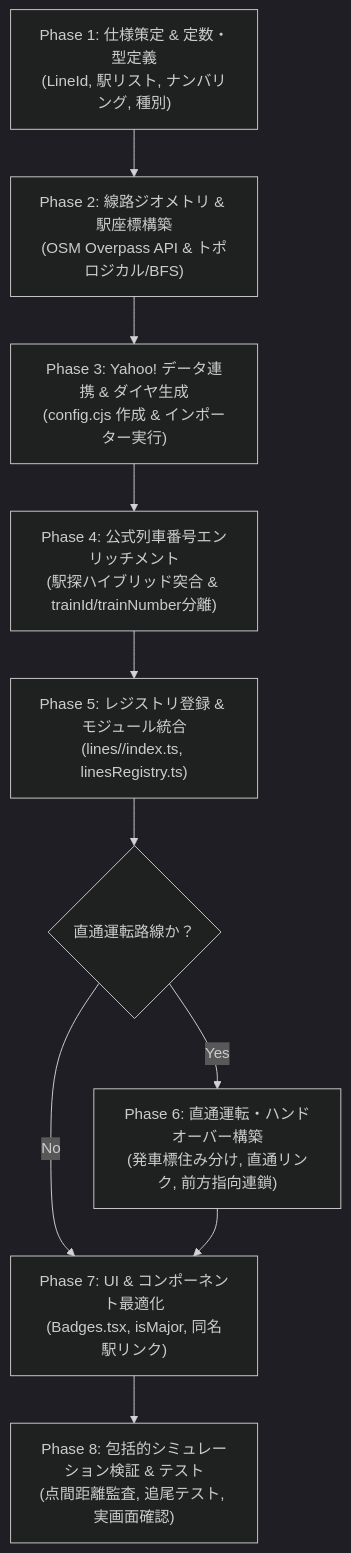
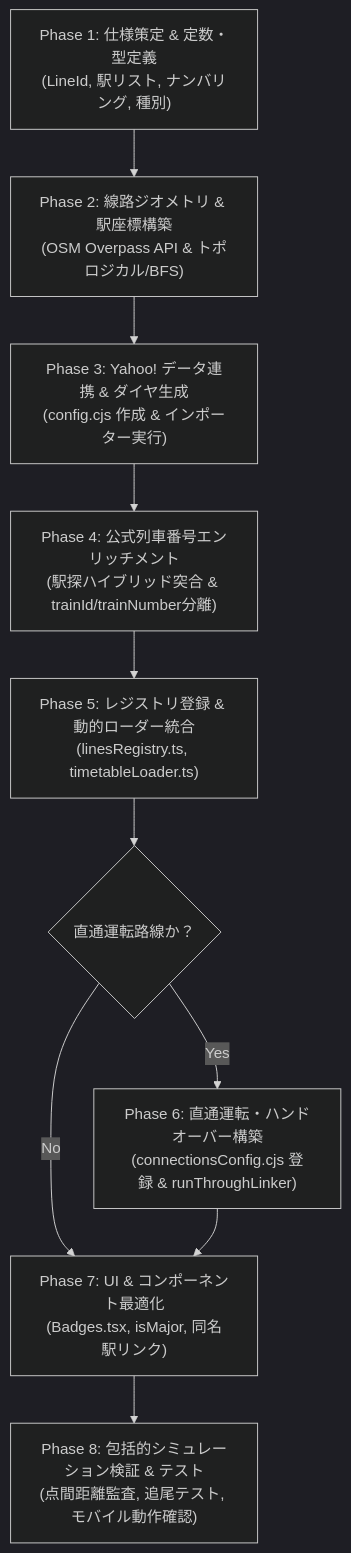
Before and after one commit to GenbuHase/Trainfo: the first of 4 diagrams in docs/ROUTE_EXPANSION_PLAYBOOK.md, drawn with Mermaid (dark theme). The commit also changed other lines of this file and 2 other files, not shown here.

````diff
--- a/docs/ROUTE_EXPANSION_PLAYBOOK.md
+++ b/docs/ROUTE_EXPANSION_PLAYBOOK.md
@@ -56,12 +66,12 @@
 ```mermaid
 flowchart TD
     P1["Phase 1: 仕様策定 & 定数・型定義<br/>(LineId, 駅リスト, ナンバリング, 種別)"] --> P2["Phase 2: 線路ジオメトリ & 駅座標構築<br/>(OSM Overpass API & トポロジカル/BFS)"]
     P2 --> P3["Phase 3: Yahoo! データ連携 & ダイヤ生成<br/>(config.cjs 作成 & インポーター実行)"]
     P3 --> P4["Phase 4: 公式列車番号エンリッチメント<br/>(駅探ハイブリッド突合 & trainId/trainNumber分離)"]
-    P4 --> P5["Phase 5: レジストリ登録 & モジュール統合<br/>(lines/<lineId>/index.ts, linesRegistry.ts)"]
+    P4 --> P5["Phase 5: レジストリ登録 & 動的ローダー統合<br/>(linesRegistry.ts, timetableLoader.ts)"]
     P5 --> P6{"直通運転路線か？"}
-    P6 -- "Yes" --> P6_1["Phase 6: 直通運転・ハンドオーバー構築<br/>(発車標住み分け, 直通リンク, 前方指向連鎖)"]
+    P6 -- "Yes" --> P6_1["Phase 6: 直通運転・ハンドオーバー構築<br/>(connectionsConfig.cjs 登録 & runThroughLinker)"]
     P6 -- "No" --> P7["Phase 7: UI & コンポーネント最適化<br/>(Badges.tsx, isMajor, 同名駅リンク)"]
     P6_1 --> P7
-    P7 --> P8["Phase 8: 包括的シミュレーション検証 & テスト<br/>(点間距離監査, 追尾テスト, 実画面確認)"]
+    P7 --> P8["Phase 8: 包括的シミュレーション検証 & テスト<br/>(点間距離監査, 追尾テスト, モバイル動作確認)"]
 ```
````
